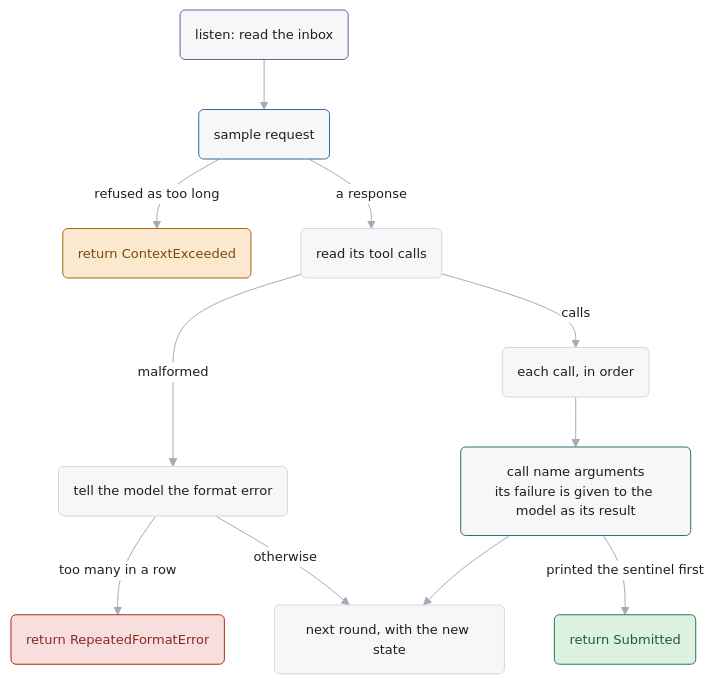
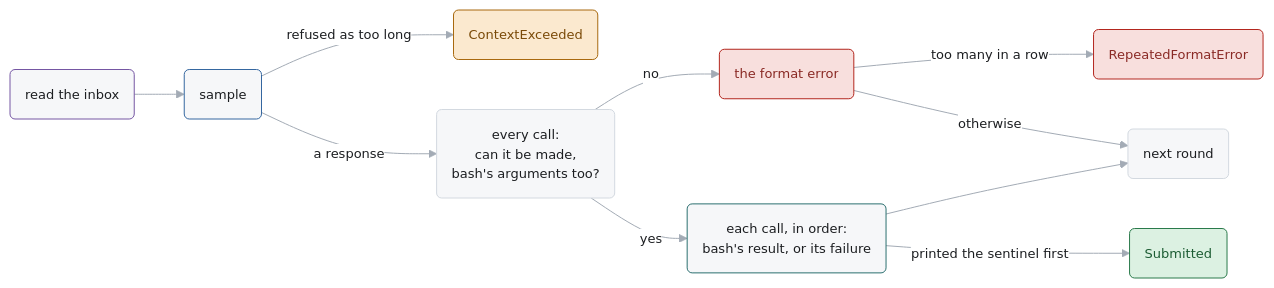
Before and after one commit to pku-xht/alaya: the fourth of 4 diagrams in docs/agents.md, drawn with Mermaid. The commit also changed other lines of this file, not shown here.

````diff
--- a/docs/agents.md
+++ b/docs/agents.md
@@ -532,22 +533,21 @@
 ```mermaid
 %%{init: {"theme": "base", "themeVariables": {"fontFamily": "BlinkMacSystemFont, Segoe UI, Helvetica, Arial", "fontSize": "13px", "primaryColor": "#f6f7f9", "primaryTextColor": "#1c1e21", "primaryBorderColor": "#d3d9e0", "lineColor": "#a3abb5", "textColor": "#6f7985", "edgeLabelBackground": "#ffffff", "clusterBkg": "#fafbfc", "clusterBorder": "#e3e6ea"}}}%%
-flowchart TD
+flowchart LR
   classDef sample stroke:#3567a0
   classDef exec stroke:#2b6f6f
   classDef notice stroke:#7556a3
   classDef ok fill:#dcf1e2,stroke:#2a7a4b,color:#1c5c33
   classDef bad fill:#f8dfdd,stroke:#b3261e,color:#8a2a25
   classDef wait fill:#fbe9cf,stroke:#a8690f,color:#7a4a08
 
-  listen("listen: read the inbox"):::notice --> sample("sample request"):::sample
-  sample -- "refused as too long" --> context("return ContextExceeded"):::wait
-  sample -- "a response" --> parsed("read its tool calls")
-  parsed -- "malformed" --> format("tell the model the format error")
-  format -- "too many in a row" --> repeated("return RepeatedFormatError"):::bad
-  format -- "otherwise" --> again("next round, with the new state")
-  parsed -- "calls" --> each("each call, in order")
-  each --> tool("call name arguments<br/>its failure is given to the model as its result"):::exec
-  tool -- "printed the sentinel first" --> submitted("return Submitted"):::ok
-  tool --> again
+  listen("read the inbox"):::notice --> sample("sample"):::sample
+  sample -- "refused as too long" --> context("ContextExceeded"):::wait
+  sample -- "a response" --> can("every call:<br/>can it be made,<br/>bash's arguments too?")
+  can -- "no" --> format("the format error"):::bad
+  format -- "too many in a row" --> repeated("RepeatedFormatError"):::bad
+  format -- "otherwise" --> next("next round")
+  can -- "yes" --> routine("each call, in order:<br/>bash's result, or its failure"):::exec
+  routine -- "printed the sentinel first" --> submitted("Submitted"):::ok
+  routine --> next
   linkStyle default stroke-width:1px
 ```
````
